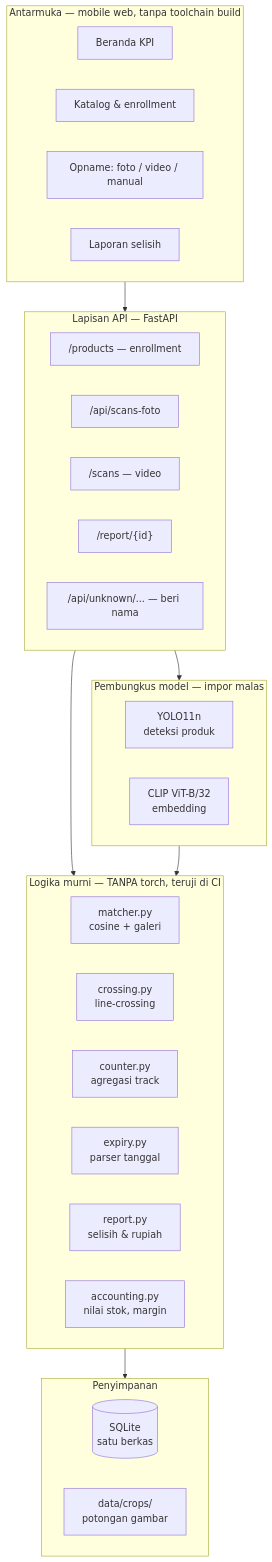
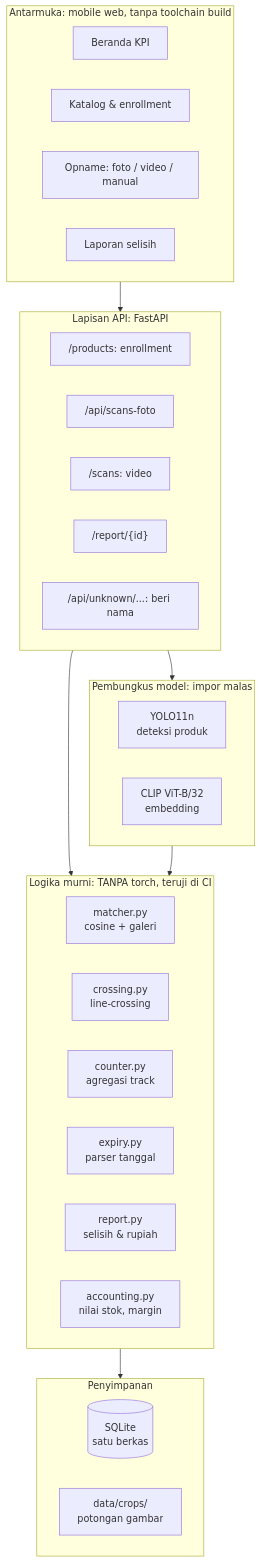
The first of 11 diagrams in docs/proposal/DRAFT-PROPOSAL.md (marshal-rizky/Stocklens), drawn with Mermaid before and after one commit. The commit also changed other lines of this file and 7 other files, not shown here.

````diff
--- a/docs/proposal/DRAFT-PROPOSAL.md
+++ b/docs/proposal/DRAFT-PROPOSAL.md
@@ -117,42 +115,42 @@
 ```mermaid
 flowchart TB
-    subgraph UI["Antarmuka — mobile web, tanpa toolchain build"]
+    subgraph UI["Antarmuka: mobile web, tanpa toolchain build"]
         A1["Beranda KPI"]
         A2["Katalog & enrollment"]
         A3["Opname: foto / video / manual"]
         A4["Laporan selisih"]
     end
 
-    subgraph API["Lapisan API — FastAPI"]
-        B1["/products — enrollment"]
+    subgraph API["Lapisan API: FastAPI"]
+        B1["/products: enrollment"]
         B2["/api/scans-foto"]
-        B3["/scans — video"]
+        B3["/scans: video"]
         B4["/report/{id}"]
-        B5["/api/unknown/... — beri nama"]
+        B5["/api/unknown/...: beri nama"]
     end
 
-    subgraph CORE["Logika murni — TANPA torch, teruji di CI"]
+    subgraph CORE["Logika murni: TANPA torch, teruji di CI"]
         C1["matcher.py<br/>cosine + galeri"]
         C2["crossing.py<br/>line-crossing"]
         C3["counter.py<br/>agregasi track"]
         C4["expiry.py<br/>parser tanggal"]
         C5["report.py<br/>selisih & rupiah"]
         C6["accounting.py<br/>nilai stok, margin"]
     end
 
-    subgraph HEAVY["Pembungkus model — impor malas"]
+    subgraph HEAVY["Pembungkus model: impor malas"]
         D1["YOLO11n<br/>deteksi produk"]
         D2["CLIP ViT-B/32<br/>embedding"]
     end
 
     subgraph DATA["Penyimpanan"]
         E1[("SQLite<br/>satu berkas")]
         E2["data/crops/<br/>potongan gambar"]
     end
 
     UI --> API
     API --> CORE
     API --> HEAVY
     CORE --> DATA
     HEAVY --> CORE
 ```
````
